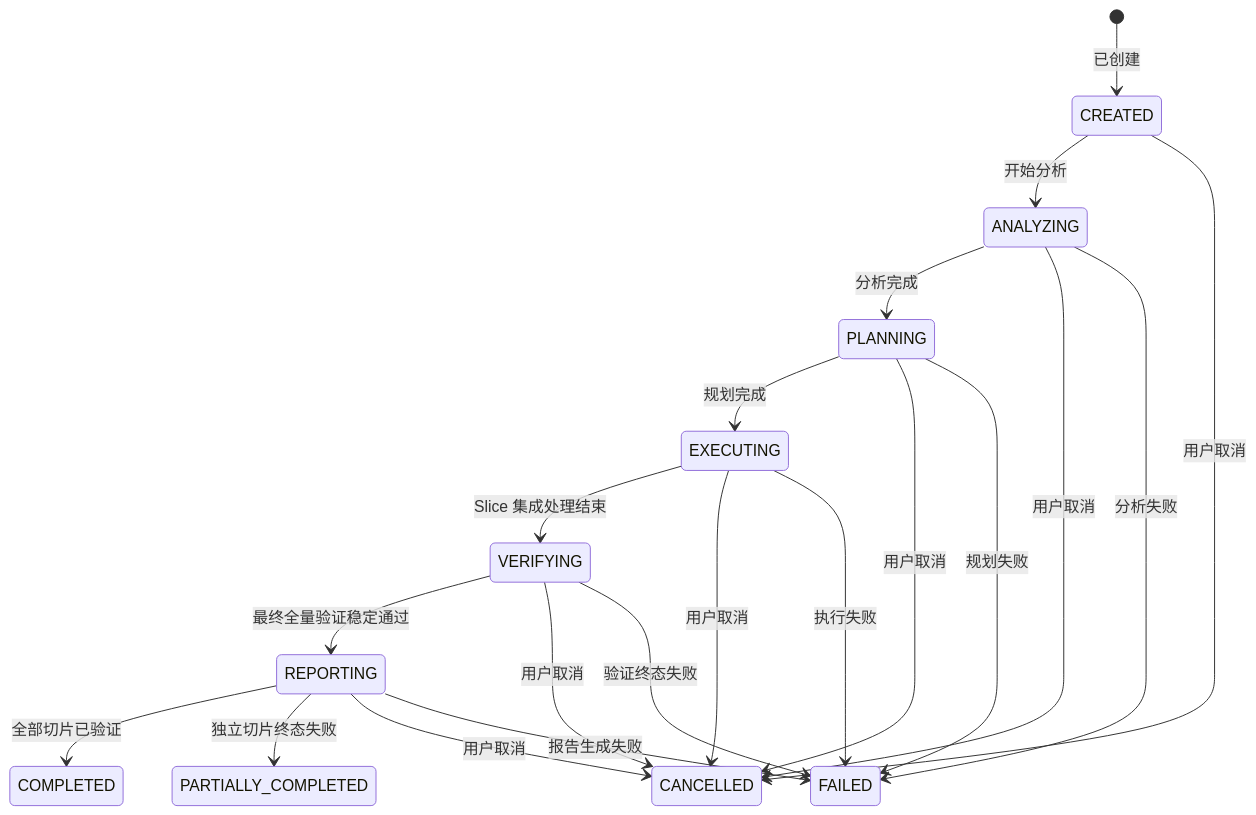
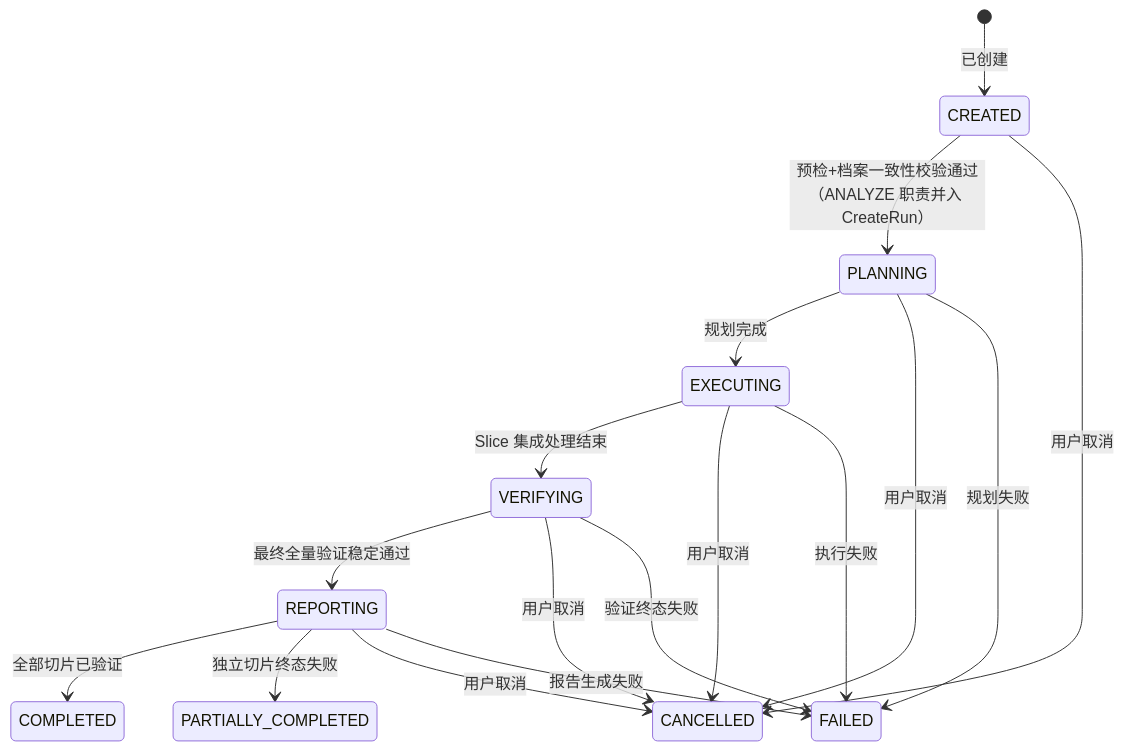
Before and after one commit to LT0X/CodeMigrator: the third of 3 diagrams in my_space/codemigrator_design_doc/architecture_module_design/CodeMigrator_垂类设计原则与架构哲学.md, drawn with Mermaid. The commit also changed other lines of this file and 37 other files, not shown here.

````diff
--- a/my_space/codemigrator_design_doc/architecture_module_design/CodeMigrator_垂类设计原则与架构哲学.md
+++ b/my_space/codemigrator_design_doc/architecture_module_design/CodeMigrator_垂类设计原则与架构哲学.md
@@ -839,22 +838,19 @@
 ```mermaid
 stateDiagram-v2
     [*] --> CREATED : 已创建
-    CREATED --> ANALYZING : 开始分析
-    ANALYZING --> PLANNING : 分析完成
+    CREATED --> PLANNING : 预检+档案一致性校验通过（ANALYZE 职责并入 CreateRun）
     PLANNING --> EXECUTING : 规划完成
     EXECUTING --> VERIFYING : Slice 集成处理结束
     VERIFYING --> REPORTING : 最终全量验证稳定通过
     REPORTING --> COMPLETED : 全部切片已验证
     REPORTING --> PARTIALLY_COMPLETED : 独立切片终态失败
     CREATED --> CANCELLED : 用户取消
-    ANALYZING --> CANCELLED : 用户取消
     PLANNING --> CANCELLED : 用户取消
     EXECUTING --> CANCELLED : 用户取消
     VERIFYING --> CANCELLED : 用户取消
     REPORTING --> CANCELLED : 用户取消
-    ANALYZING --> FAILED : 分析失败
     PLANNING --> FAILED : 规划失败
     EXECUTING --> FAILED : 执行失败
     VERIFYING --> FAILED : 验证终态失败
     REPORTING --> FAILED : 报告生成失败
 ```
````
